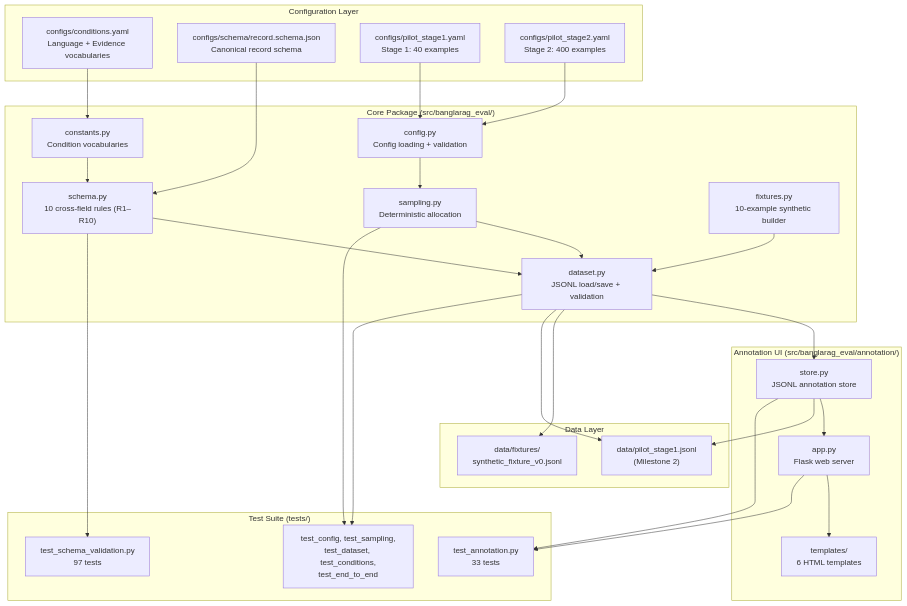
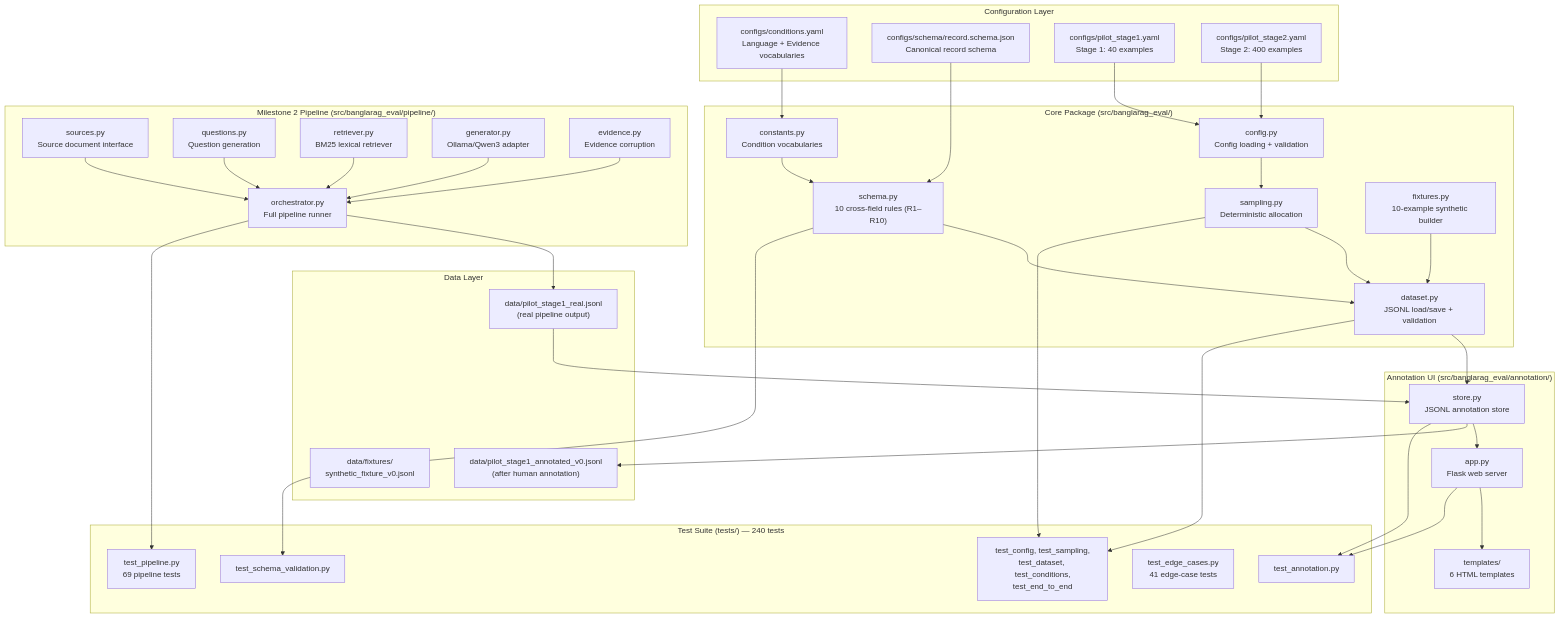
Before and after one commit to DIP-RO/BanglaRAG-Eval: the first of 6 diagrams in README.md, drawn with Mermaid. The commit also changed other lines of this file, not shown here.

First line of the commit message:
docs: update README with Milestone 2 pipeline, dataset lifecycle, RAGTruth usage

````diff
--- a/README.md
+++ b/README.md
@@ -33,60 +33,78 @@
 ```mermaid
 graph TB
     subgraph Configs["Configuration Layer"]
         CONDITIONS["configs/conditions.yaml<br/>Language + Evidence vocabularies"]
         SCHEMA["configs/schema/record.schema.json<br/>Canonical record schema"]
         PILOT1["configs/pilot_stage1.yaml<br/>Stage 1: 40 examples"]
         PILOT2["configs/pilot_stage2.yaml<br/>Stage 2: 400 examples"]
     end
 
     subgraph Core["Core Package (src/banglarag_eval/)"]
         CONSTANTS["constants.py<br/>Condition vocabularies"]
         CONFIGMOD["config.py<br/>Config loading + validation"]
         SCHEMAMOD["schema.py<br/>10 cross-field rules (R1–R10)"]
         SAMPLING["sampling.py<br/>Deterministic allocation"]
         DATASET["dataset.py<br/>JSONL load/save + validation"]
         FIXTURES["fixtures.py<br/>10-example synthetic builder"]
     end
 
+    subgraph Pipeline["Milestone 2 Pipeline (src/banglarag_eval/pipeline/)"]
+        SOURCES["sources.py<br/>Source document interface"]
+        QUESTIONS["questions.py<br/>Question generation"]
+        RETRIEVER["retriever.py<br/>BM25 lexical retriever"]
+        GENERATOR["generator.py<br/>Ollama/Qwen3 adapter"]
+        EVIDENCE["evidence.py<br/>Evidence corruption"]
+        ORCHESTRATOR["orchestrator.py<br/>Full pipeline runner"]
+    end
+
     subgraph Annotation["Annotation UI (src/banglarag_eval/annotation/)"]
         STORE["store.py<br/>JSONL annotation store"]
         FLASKAPP["app.py<br/>Flask web server"]
         TEMPLATES["templates/<br/>6 HTML templates"]
     end
 
     subgraph Data["Data Layer"]
         FIXTUREJSONL["data/fixtures/<br/>synthetic_fixture_v0.jsonl"]
-        PILOTJSONL["data/pilot_stage1.jsonl<br/>(Milestone 2)"]
+        PILOTJSONL["data/pilot_stage1_real.jsonl<br/>(real pipeline output)"]
+        ANNOTATED["data/pilot_stage1_annotated_v0.jsonl<br/>(after human annotation)"]
     end
 
-    subgraph Tests["Test Suite (tests/)"]
-        TESTSCHEMA["test_schema_validation.py<br/>97 tests"]
-        TESTANNOT["test_annotation.py<br/>33 tests"]
+    subgraph Tests["Test Suite (tests/) — 240 tests"]
+        TESTSCHEMA["test_schema_validation.py"]
+        TESTANNOT["test_annotation.py"]
+        TESTPIPE["test_pipeline.py<br/>69 pipeline tests"]
+        TESTEDGE["test_edge_cases.py<br/>41 edge-case tests"]
         TESTOTHER["test_config, test_sampling,<br/>test_dataset, test_conditions,<br/>test_end_to_end"]
     end
 
     CONDITIONS --> CONSTANTS
     SCHEMA --> SCHEMAMOD
     PILOT1 --> CONFIGMOD
     PILOT2 --> CONFIGMOD
 
     CONSTANTS --> SCHEMAMOD
     CONFIGMOD --> SAMPLING
     SCHEMAMOD --> DATASET
     SAMPLING --> DATASET
     FIXTURES --> DATASET
 
+    SOURCES --> ORCHESTRATOR
+    QUESTIONS --> ORCHESTRATOR
+    RETRIEVER --> ORCHESTRATOR
+    EVIDENCE --> ORCHESTRATOR
+    GENERATOR --> ORCHESTRATOR
+    ORCHESTRATOR --> PILOTJSONL
+
     DATASET --> STORE
     STORE --> FLASKAPP
     FLASKAPP --> TEMPLATES
-
-    DATASET --> FIXTUREJSONL
-    DATASET --> PILOTJSONL
-    STORE --> PILOTJSONL
+    PILOTJSONL --> STORE
+    STORE --> ANNOTATED
 
     SCHEMAMOD --> TESTSCHEMA
     STORE --> TESTANNOT
     FLASKAPP --> TESTANNOT
+    ORCHESTRATOR --> TESTPIPE
     DATASET --> TESTOTHER
     SAMPLING --> TESTOTHER
 ```
````
